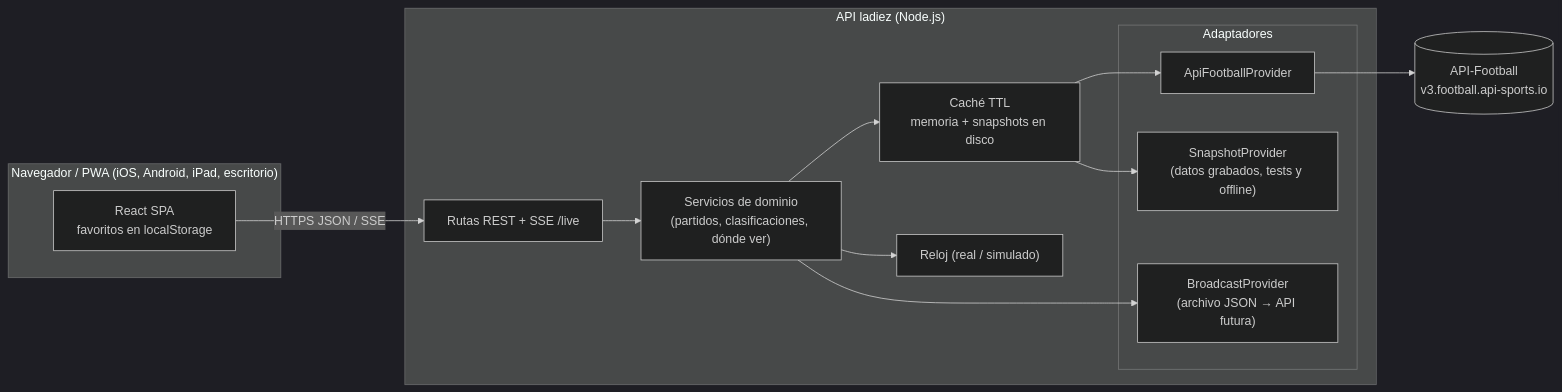
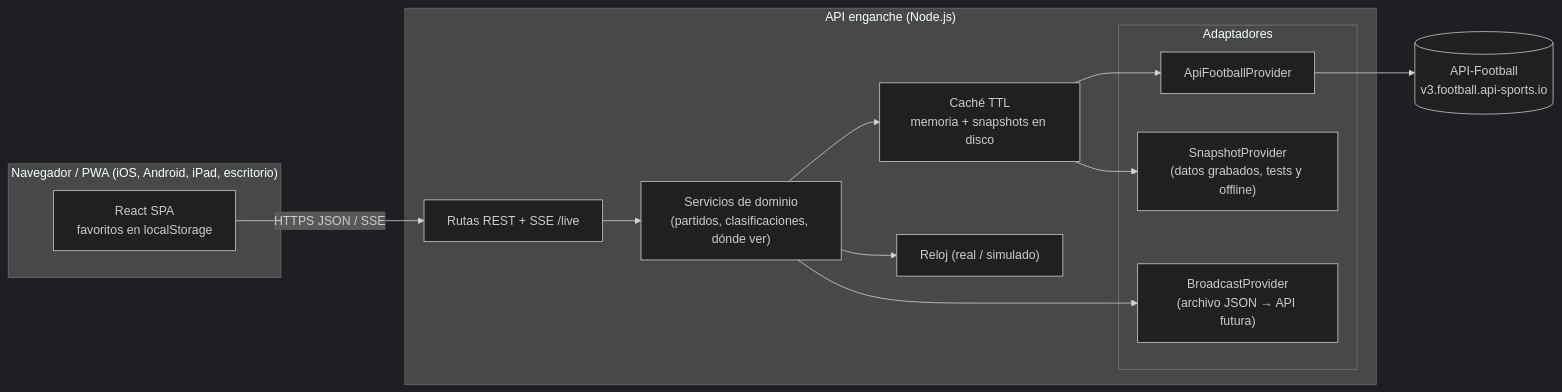
One commit to laureanojaraba/enganche changed the diagram in jelt/trd.md. Above: the diagram before and after it, drawn with Mermaid (dark theme). The commit also changed other lines of this file and 19 other files, not shown here.

First line of the commit message:
chore: renombrar el proyecto de ladiez a enganche

````diff
--- a/jelt/trd.md
+++ b/jelt/trd.md
@@ -11,23 +11,23 @@
 ```mermaid
 flowchart LR
   subgraph Cliente["Navegador / PWA (iOS, Android, iPad, escritorio)"]
     WEB["React SPA<br/>favoritos en localStorage"]
   end
-  subgraph Servidor["API ladiez (Node.js)"]
+  subgraph Servidor["API enganche (Node.js)"]
     ROUTES["Rutas REST + SSE /live"]
     SVC["Servicios de dominio<br/>(partidos, clasificaciones, dónde ver)"]
     CACHE["Caché TTL<br/>memoria + snapshots en disco"]
     CLOCK["Reloj (real / simulado)"]
     subgraph Adaptadores
       AF["ApiFootballProvider"]
       SNAP["SnapshotProvider<br/>(datos grabados, tests y offline)"]
       TV["BroadcastProvider<br/>(archivo JSON → API futura)"]
     end
   end
   EXT[("API-Football<br/>v3.football.api-sports.io")]
   WEB -- "HTTPS JSON / SSE" --> ROUTES
   ROUTES --> SVC --> CACHE --> AF --> EXT
   CACHE --> SNAP
   SVC --> TV
   SVC --> CLOCK
 ```
````
